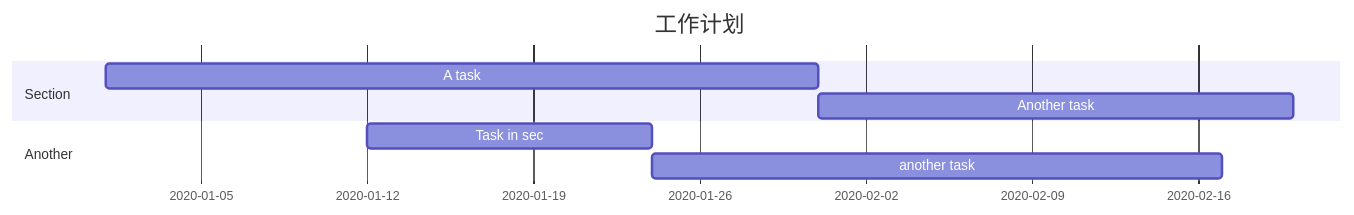
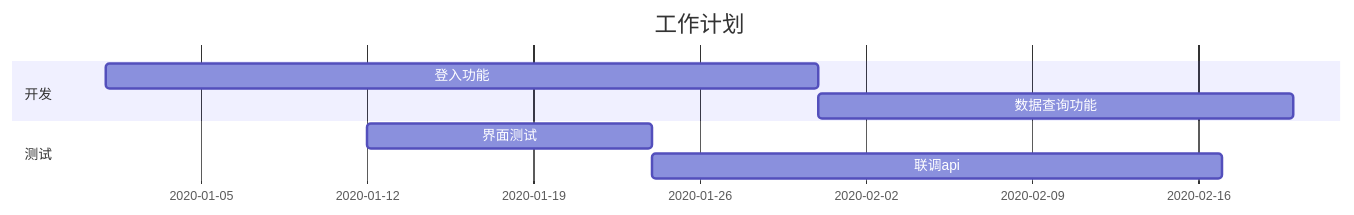
One commit to jack2nb/Files changed the first of 7 diagrams in src/其他管理/uml图支持.md. Above: the diagram before and after it, drawn with Mermaid. The commit also changed other lines of this file and 1 other file, not shown here.

````diff
--- a/src/其他管理/uml图支持.md
+++ b/src/其他管理/uml图支持.md
@@ -9,11 +9,11 @@
 ```mermaid
 gantt
     title 工作计划
     dateFormat  YYYY-MM-DD
-    section Section
-    A task           :a1, 2020-01-01, 30d
-    Another task     :after a1  , 20d
-    section Another
-    Task in sec      :2020-01-12  , 12d
-    another task      : 24d
+section 开发
+    登入功能           :a1, 2020-01-01, 30d
+    数据查询功能     :after a1  , 20d
+section 测试
+    界面测试      :2020-01-12  , 12d
+    联调api      : 24d
 ```
````
